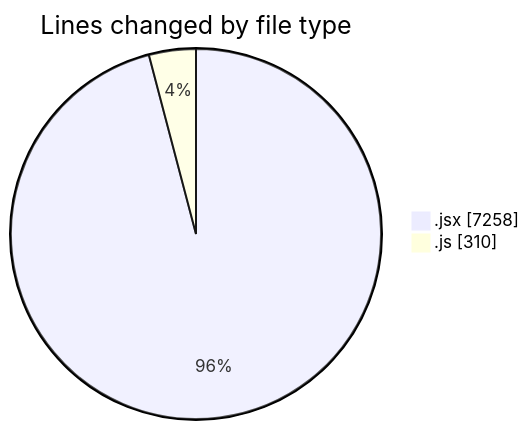
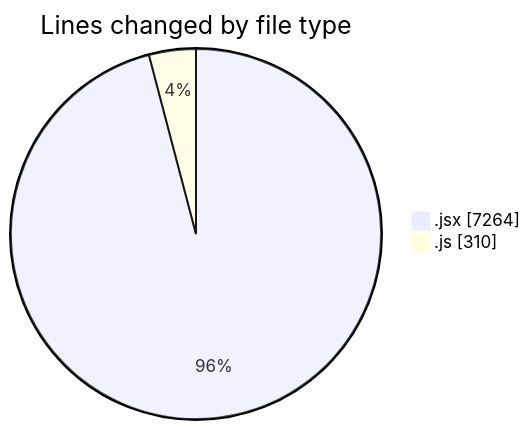
One commit to nxtqubesakshisongat/code-tracking changed the first of 2 diagrams in 2025-07-09/argos/README.md. Above: the diagram before and after it, drawn with Mermaid. The commit also changed other lines of this file and 1 other file, not shown here.

````diff
--- a/2025-07-09/argos/README.md
+++ b/2025-07-09/argos/README.md
@@ -28,6 +28,6 @@
 ```mermaid
 pie showData
 title Lines changed by file type
-".jsx" : 7258
+".jsx" : 7264
 ".js" : 310
 ```
````
